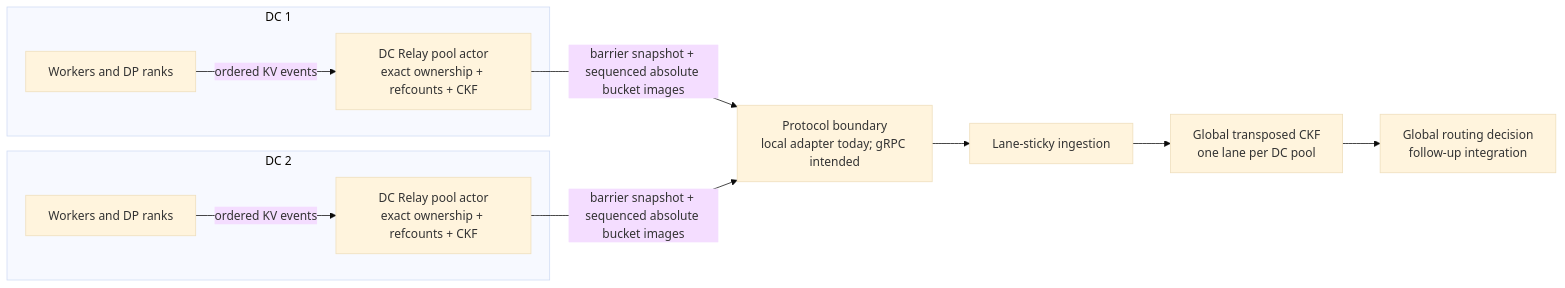
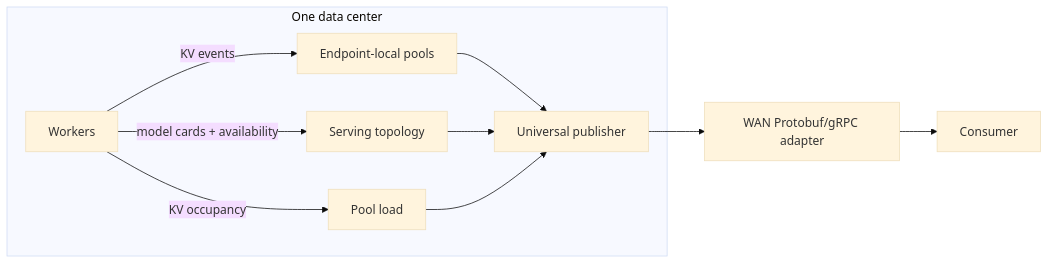
The diagram in fern/pages-dev/developer-guide/knowledge-base/modular-components/router/multi-dc-kv-routing.md (ai-dynamo/dynamo), drawn with Mermaid (base theme) before and after one commit. The commit also changed other lines of this file and 6 other files, not shown here.

````diff
--- a/fern/pages-dev/developer-guide/knowledge-base/modular-components/router/multi-dc-kv-routing.md
+++ b/fern/pages-dev/developer-guide/knowledge-base/modular-components/router/multi-dc-kv-routing.md
@@ -20,14 +18,13 @@
 ```mermaid
 flowchart LR
-    subgraph DC1["DC 1"]
-        W1["Workers and DP ranks"] -->|"ordered KV events"| R1["DC Relay pool actor\nexact ownership + refcounts + CKF"]
+    subgraph DC["One data center"]
+        E["Workers"] -->|"KV events"| K["Endpoint-local pools"]
+        E -->|"model cards + availability"| T["Serving topology"]
+        E -->|"KV occupancy"| L["Pool load"]
+        K --> P["Universal publisher"]
+        T --> P
+        L --> P
     end
-    subgraph DC2["DC 2"]
-        W2["Workers and DP ranks"] -->|"ordered KV events"| R2["DC Relay pool actor\nexact ownership + refcounts + CKF"]
-    end
-    R1 -->|"barrier snapshot + sequenced absolute bucket images"| T["Protocol boundary\nlocal adapter today; gRPC intended"]
-    R2 -->|"barrier snapshot + sequenced absolute bucket images"| T
-    T --> I["Lane-sticky ingestion"]
-    I --> G["Global transposed CKF\none lane per DC pool"]
-    G --> Q["Global routing decision\nfollow-up integration"]
+    P --> W["WAN Protobuf/gRPC adapter"]
+    W --> C["Consumer"]
 ```
````
